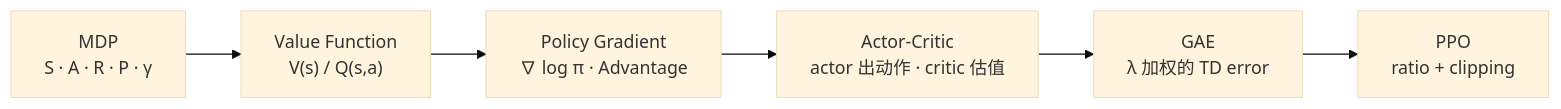
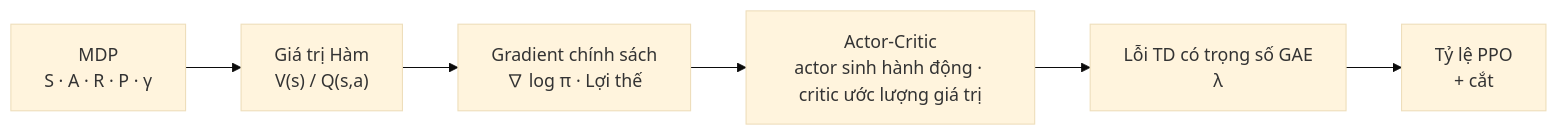
One commit to ledinhtuyen/Robotics_Notebooks changed diagram 16 of 33 in roadmap/motion-control.md. Above: the diagram before and after it, drawn with Mermaid (base theme). The commit also changed other lines of this file, not shown here.

Commit message:
docs(roadmap): 完成 motion-control 全文越南语翻译

````diff
--- a/roadmap/motion-control.md
+++ b/roadmap/motion-control.md
@@ -1135,8 +1148,8 @@
 ```mermaid
 flowchart LR
-  MDP["MDP<br/>S · A · R · P · γ"] --> V["Value Function<br/>V(s) / Q(s,a)"]
-  V --> PG["Policy Gradient<br/>∇ log π · Advantage"]
-  PG --> AC["Actor-Critic<br/>actor 出动作 · critic 估值"]
-  AC --> GAE["GAE<br/>λ 加权的 TD error"]
-  GAE --> PPO["PPO<br/>ratio + clipping"]
+  MDP["MDP<br/>S · A · R · P · γ"] --> V["Giá trị Hàm<br/>V(s) / Q(s,a)"]
+  V --> PG["Gradient chính sách<br/>∇ log π · Lợi thế"]
+  PG --> AC["Actor-Critic<br/>actor sinh hành động · critic ước lượng giá trị"]
+  AC --> GAE["Lỗi TD có trọng số GAE<br/>λ"]
+  GAE --> PPO["Tỷ lệ PPO<br/> + cắt"]
 ```
````
